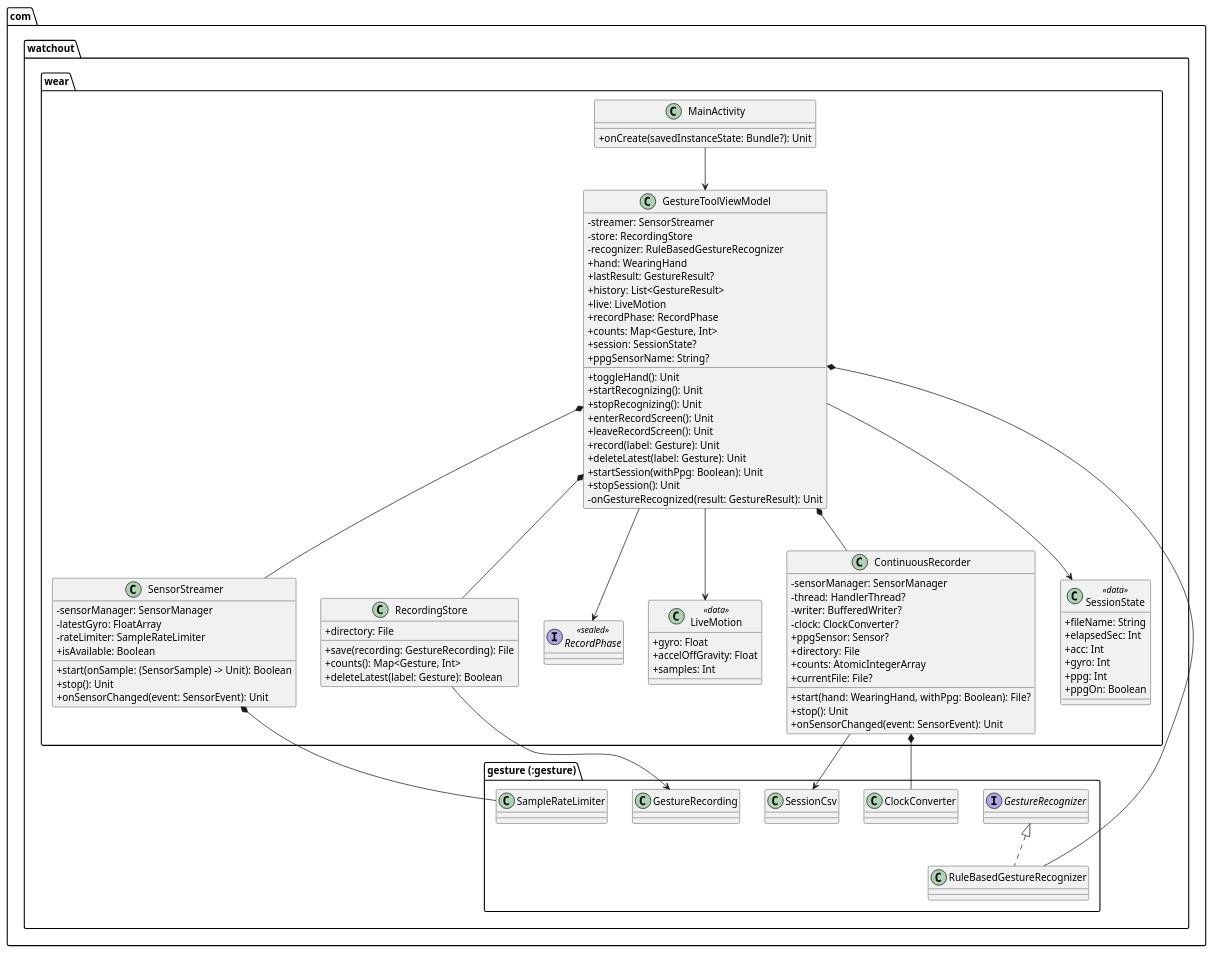
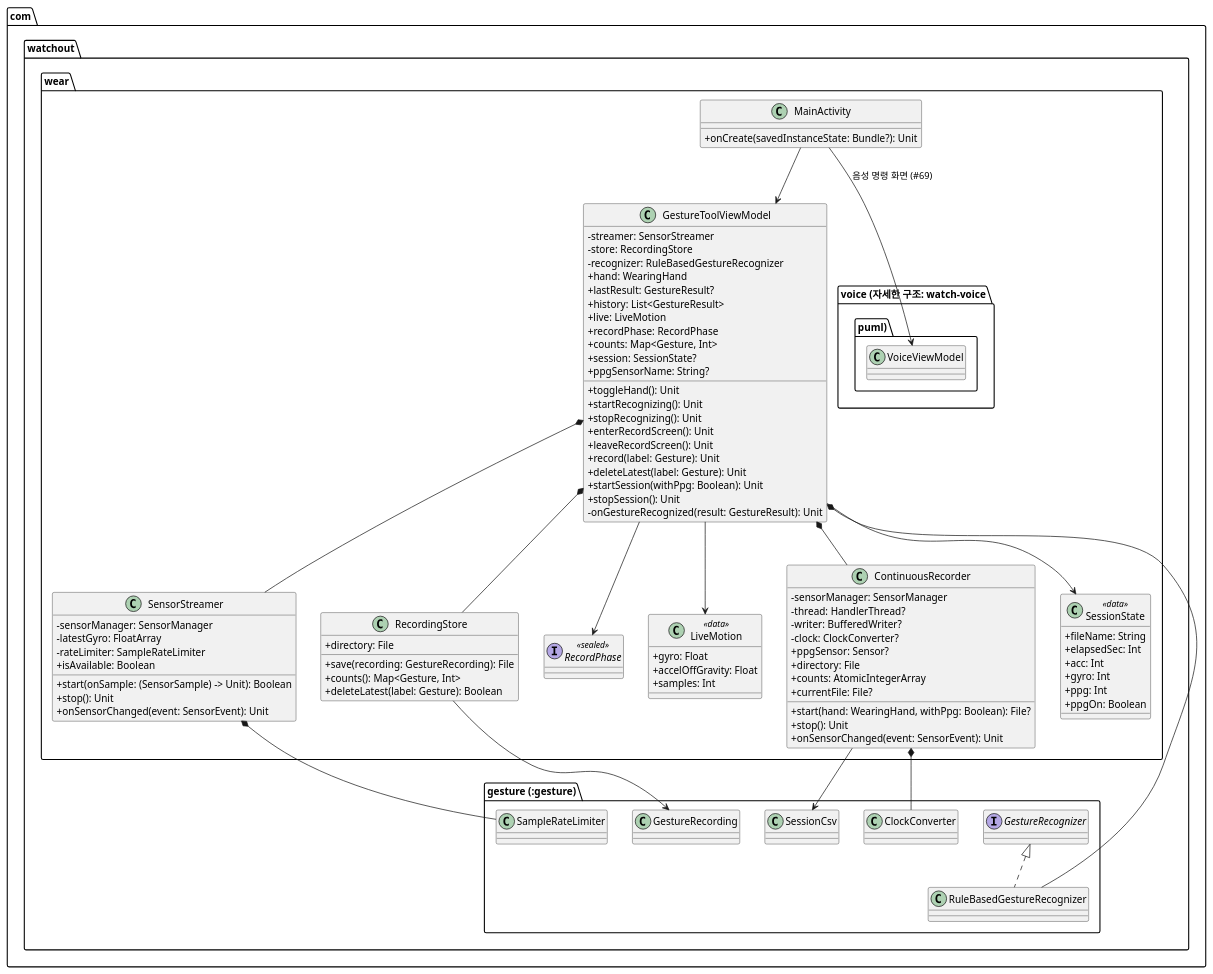
The first of 2 diagrams in docs/uml/wear-gesture-tool.puml (W-tch0ut/watchout), drawn with PlantUML before and after one commit. The commit also changed 18 other files, not shown here.

```diff
--- a/docs/uml/wear-gesture-tool.puml
+++ b/docs/uml/wear-gesture-tool.puml
@@ -2,105 +2,110 @@
 @startuml
 skinparam classAttributeIconSize 0
 
 package "com.watchout.wear" {
     class MainActivity {
         + onCreate(savedInstanceState: Bundle?): Unit
     }
 
     class GestureToolViewModel {
         - streamer: SensorStreamer
         - store: RecordingStore
         - recognizer: RuleBasedGestureRecognizer
         + hand: WearingHand
         + lastResult: GestureResult?
         + history: List<GestureResult>
         + live: LiveMotion
         + recordPhase: RecordPhase
         + counts: Map<Gesture, Int>
         + toggleHand(): Unit
         + startRecognizing(): Unit
         + stopRecognizing(): Unit
         + enterRecordScreen(): Unit
         + leaveRecordScreen(): Unit
         + record(label: Gesture): Unit
         + deleteLatest(label: Gesture): Unit
         + session: SessionState?
         + ppgSensorName: String?
         + startSession(withPpg: Boolean): Unit
         + stopSession(): Unit
         - onGestureRecognized(result: GestureResult): Unit
     }
 
     class SensorStreamer {
         - sensorManager: SensorManager
         - latestGyro: FloatArray
         - rateLimiter: SampleRateLimiter
         + isAvailable: Boolean
         + start(onSample: (SensorSample) -> Unit): Boolean
         + stop(): Unit
         + onSensorChanged(event: SensorEvent): Unit
     }
 
     class RecordingStore {
         + directory: File
         + save(recording: GestureRecording): File
         + counts(): Map<Gesture, Int>
         + deleteLatest(label: Gesture): Boolean
     }
 
     interface RecordPhase <<sealed>>
 
     class LiveMotion <<data>> {
         + gyro: Float
         + accelOffGravity: Float
         + samples: Int
     }
 
     class ContinuousRecorder {
         - sensorManager: SensorManager
         - thread: HandlerThread?
         - writer: BufferedWriter?
         - clock: ClockConverter?
         + ppgSensor: Sensor?
         + directory: File
         + counts: AtomicIntegerArray
         + currentFile: File?
         + start(hand: WearingHand, withPpg: Boolean): File?
         + stop(): Unit
         + onSensorChanged(event: SensorEvent): Unit
     }
 
 
     class SessionState <<data>> {
         + fileName: String
         + elapsedSec: Int
         + acc: Int
         + gyro: Int
         + ppg: Int
         + ppgOn: Boolean
     }
 }
 
+package "com.watchout.wear.voice (자세한 구조: watch-voice.puml)" {
+    class VoiceViewModel
+}
+
 package "com.watchout.gesture (:gesture)" {
     interface GestureRecognizer
     class RuleBasedGestureRecognizer
     class GestureRecording
     class SampleRateLimiter
     class SessionCsv
     class ClockConverter
 }
 
 MainActivity --> GestureToolViewModel
+MainActivity --> VoiceViewModel : 음성 명령 화면 (#69)
 GestureToolViewModel *-- SensorStreamer
 GestureToolViewModel *-- RecordingStore
 GestureToolViewModel *-- RuleBasedGestureRecognizer
 GestureToolViewModel --> RecordPhase
 GestureToolViewModel --> LiveMotion
 GestureRecognizer <|.. RuleBasedGestureRecognizer
 RecordingStore --> GestureRecording
 SensorStreamer *-- SampleRateLimiter
 GestureToolViewModel *-- ContinuousRecorder
 GestureToolViewModel --> SessionState
 ContinuousRecorder --> SessionCsv
 ContinuousRecorder *-- ClockConverter
 @enduml
```
